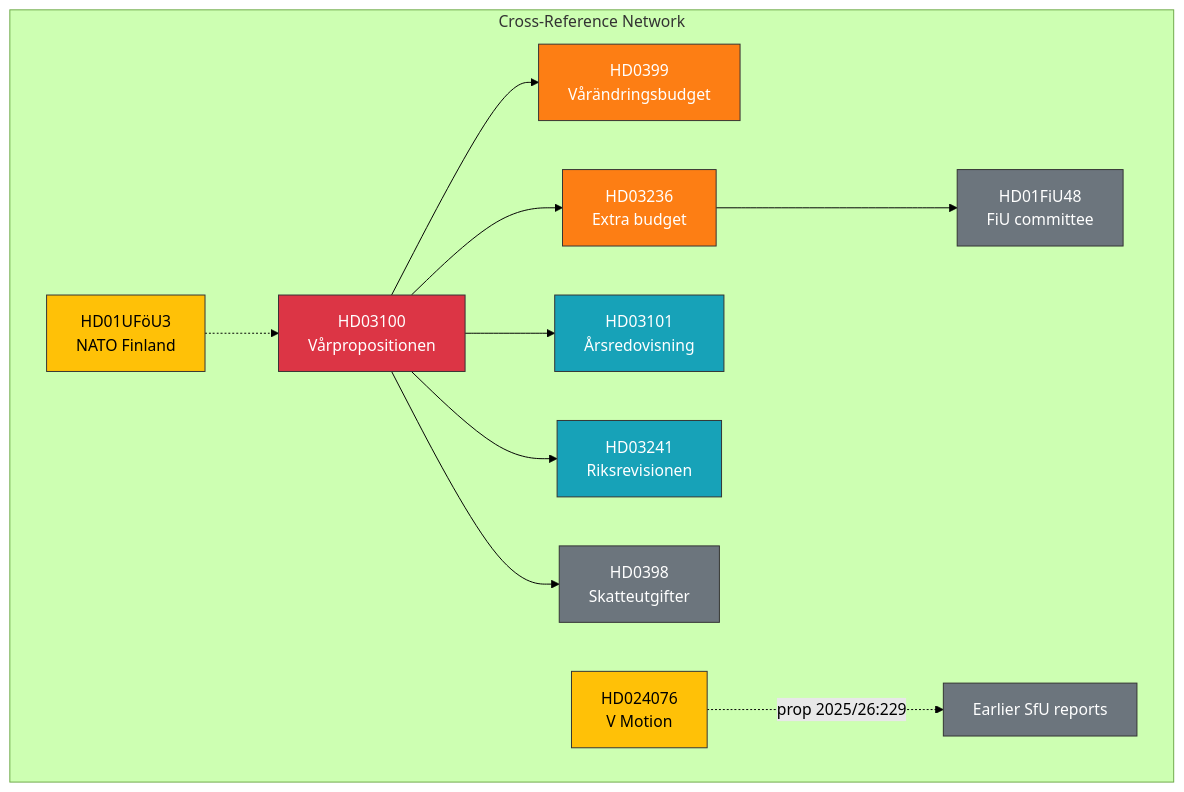
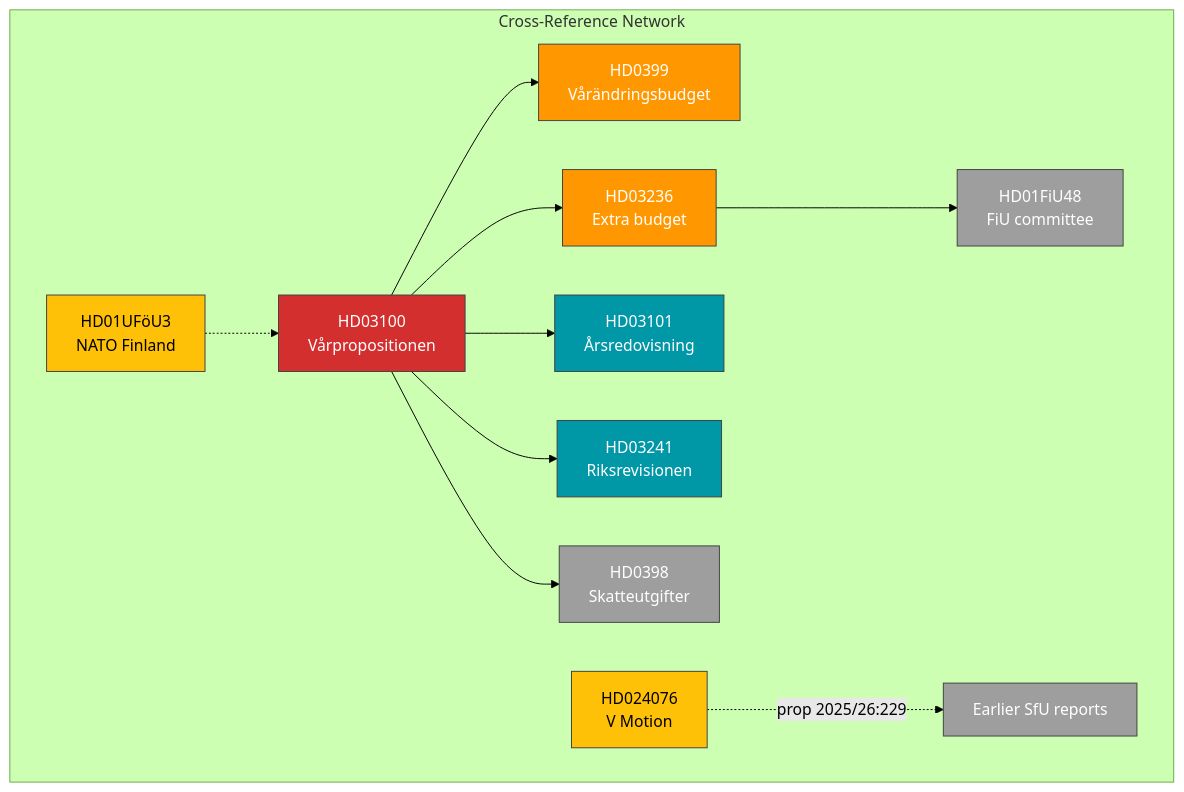
The diagram in analysis/daily/2026-04-13/realtime-1433/cross-reference-map.md (Hack23/riksdagsmonitor), drawn with Mermaid (forest theme) before and after one commit. The commit also changed 785 other files, not shown here.

First line of the commit message:
Normalize mermaid colors across 786 analysis artifacts to ISMS Style Guide palette

````diff
--- a/analysis/daily/2026-04-13/realtime-1433/cross-reference-map.md
+++ b/analysis/daily/2026-04-13/realtime-1433/cross-reference-map.md
@@ -5,32 +5,32 @@
 ```mermaid
 graph TD
     subgraph "Cross-Reference Network"
         VP["HD03100<br/>Vårpropositionen"]
         VÄB["HD0399<br/>Vårändringsbudget"]
         EXTRA["HD03236<br/>Extra budget"]
         ÅR["HD03101<br/>Årsredovisning"]
         RR["HD03241<br/>Riksrevisionen"]
         SK["HD0398<br/>Skatteutgifter"]
         NATO["HD01UFöU3<br/>NATO Finland"]
         FIU["HD01FiU48<br/>FiU committee"]
         VMOT["HD024076<br/>V Motion"]
         VP --> VÄB
         VP --> EXTRA
         VP --> ÅR
         VP --> RR
         VP --> SK
         EXTRA --> FIU
         NATO -.-> VP
         VMOT -.-> |"prop 2025/26:229"| SFU["Earlier SfU reports"]
     end
-    style VP fill:#dc3545,stroke:#333,color:#fff
-    style VÄB fill:#fd7e14,stroke:#333,color:#fff
-    style EXTRA fill:#fd7e14,stroke:#333,color:#fff
-    style ÅR fill:#17a2b8,stroke:#333,color:#fff
-    style RR fill:#17a2b8,stroke:#333,color:#fff
-    style SK fill:#6c757d,stroke:#333,color:#fff
-    style NATO fill:#ffc107,stroke:#333,color:#000
-    style FIU fill:#6c757d,stroke:#333,color:#fff
-    style VMOT fill:#ffc107,stroke:#333,color:#000
-    style SFU fill:#6c757d,stroke:#333,color:#fff
+    style VP fill:#D32F2F,stroke:#424242,color:#FFFFFF
+    style VÄB fill:#FF9800,stroke:#424242,color:#FFFFFF
+    style EXTRA fill:#FF9800,stroke:#424242,color:#FFFFFF
+    style ÅR fill:#0097A7,stroke:#424242,color:#FFFFFF
+    style RR fill:#0097A7,stroke:#424242,color:#FFFFFF
+    style SK fill:#9E9E9E,stroke:#424242,color:#FFFFFF
+    style NATO fill:#FFC107,stroke:#424242,color:#000000
+    style FIU fill:#9E9E9E,stroke:#424242,color:#FFFFFF
+    style VMOT fill:#FFC107,stroke:#424242,color:#000000
+    style SFU fill:#9E9E9E,stroke:#424242,color:#FFFFFF
 ```
````
